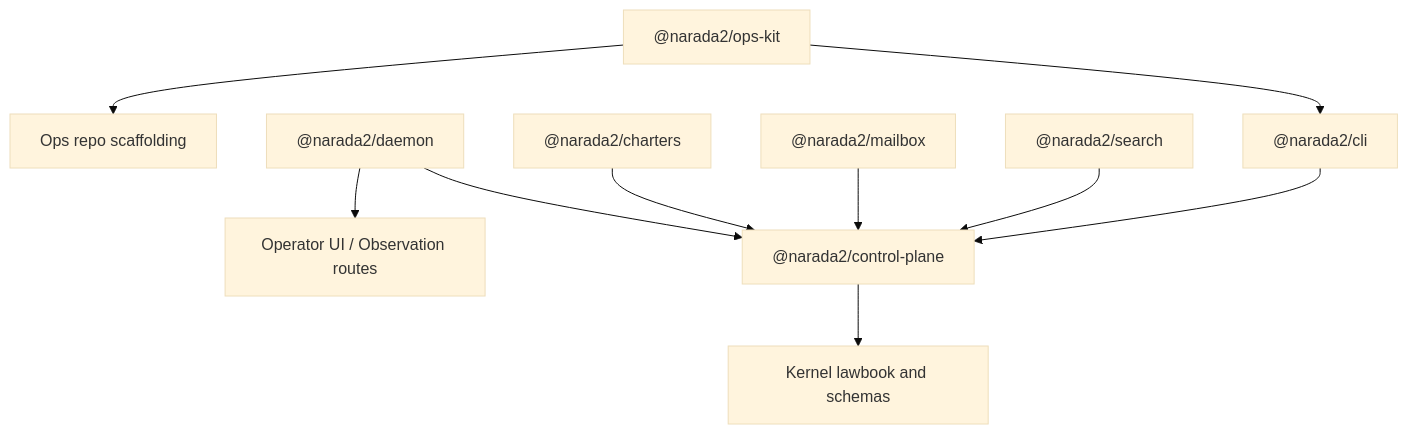
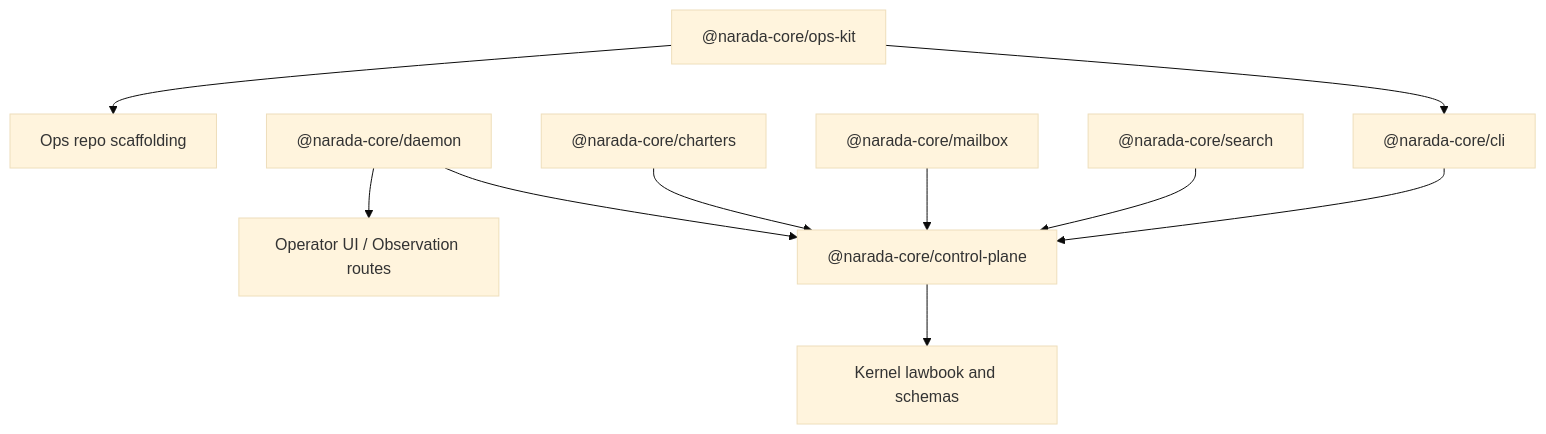
One commit to andrey-kokoev/narada changed the ninth of 9 diagrams in docs/concepts/system.md. Above: the diagram before and after it, drawn with Mermaid (base theme). The commit also changed 1407 other files, not shown here.

First line of the commit message:
Rename npm scope @narada2 to @narada-core and repoint repo URLs to narada-core org

````diff
--- a/docs/concepts/system.md
+++ b/docs/concepts/system.md
@@ -367,13 +367,13 @@
 ```mermaid
 flowchart TD
-  CLI["@narada2/cli"] --> Control["@narada2/control-plane"]
-  Daemon["@narada2/daemon"] --> Control
-  OpsKit["@narada2/ops-kit"] --> CLI
-  Charters["@narada2/charters"] --> Control
-  Mailbox["@narada2/mailbox"] --> Control
-  Search["@narada2/search"] --> Control
+  CLI["@narada-core/cli"] --> Control["@narada-core/control-plane"]
+  Daemon["@narada-core/daemon"] --> Control
+  OpsKit["@narada-core/ops-kit"] --> CLI
+  Charters["@narada-core/charters"] --> Control
+  Mailbox["@narada-core/mailbox"] --> Control
+  Search["@narada-core/search"] --> Control
 
   Control --> KernelDocs["Kernel lawbook and schemas"]
   Daemon --> UI["Operator UI / Observation routes"]
   OpsKit --> OpsRepo["Ops repo scaffolding"]
 ```
````
